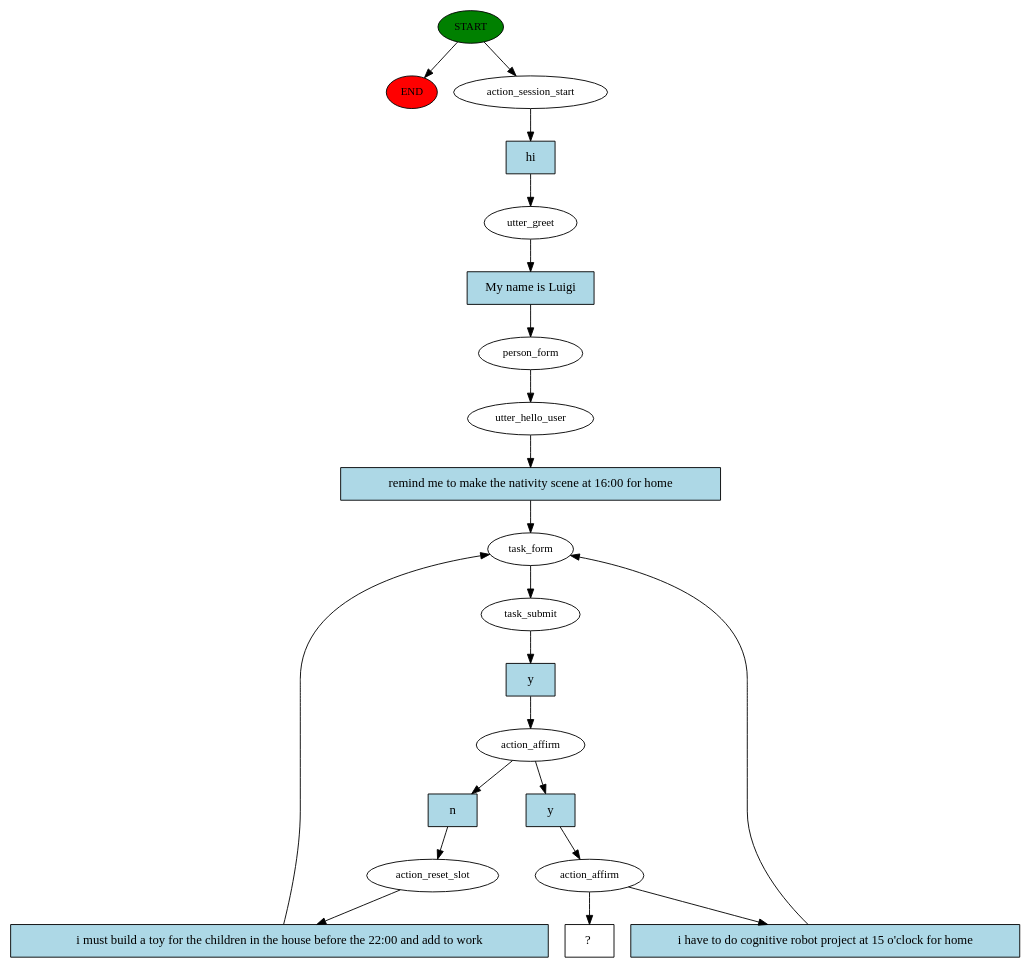
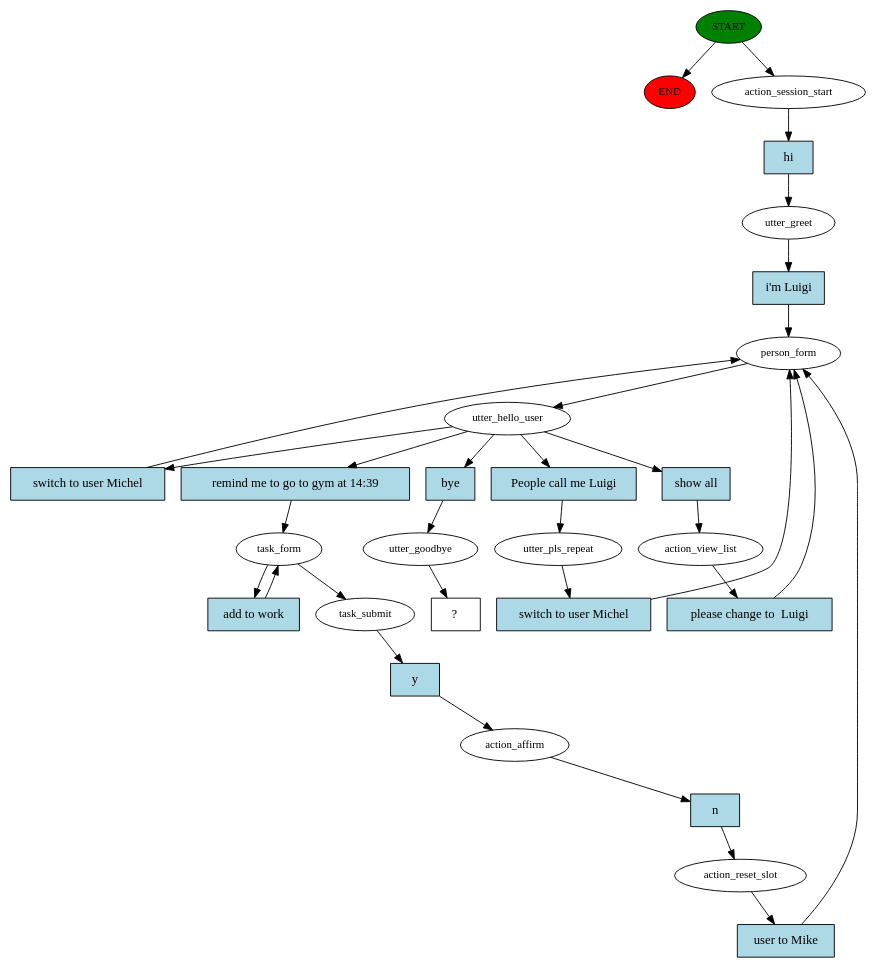
Before and after one commit to scov8/TO-DO_List: the diagram in chatbot/story_graph.dot, drawn with Graphviz. The commit also changed 9 other files, not shown here.

```diff
--- a/chatbot/story_graph.dot
+++ b/chatbot/story_graph.dot
@@ -1,43 +1,60 @@
 digraph  {
 0 [class="start active", fillcolor=green, fontsize=12, label=START, style=filled];
 "-1" [class=end, fillcolor=red, fontsize=12, label=END, style=filled];
 1 [class=active, fontsize=12, label=action_session_start];
 2 [class=active, fontsize=12, label=utter_greet];
 3 [class=active, fontsize=12, label=person_form];
 4 [class=active, fontsize=12, label=utter_hello_user];
-5 [class=active, fontsize=12, label=task_form];
-6 [class=active, fontsize=12, label=task_submit];
-7 [class=active, fontsize=12, label=action_affirm];
-8 [class=active, fontsize=12, label=action_reset_slot];
-12 [class=active, fontsize=12, label=action_affirm];
-17 [class="intent dashed active", label="  ?  ", shape=rect];
-18 [class="intent active", fillcolor=lightblue, label=hi, shape=rect, style=filled];
-19 [class="intent active", fillcolor=lightblue, label="My name is Luigi", shape=rect, style=filled];
-20 [class="intent active", fillcolor=lightblue, label="remind me to make the nativity scene at 16:00 for home", shape=rect, style=filled];
-21 [class="intent active", fillcolor=lightblue, label=y, shape=rect, style=filled];
-22 [class="intent active", fillcolor=lightblue, label=n, shape=rect, style=filled];
-23 [class="intent active", fillcolor=lightblue, label=y, shape=rect, style=filled];
-24 [class="intent active", fillcolor=lightblue, label="i must build a toy for the children in the house before the 22:00 and add to work", shape=rect, style=filled];
-25 [class="intent active", fillcolor=lightblue, label="i have to do cognitive robot project at 15 o'clock for home", shape=rect, style=filled];
+13 [class=active, fontsize=12, label=utter_pls_repeat];
+20 [class=active, fontsize=12, label=task_form];
+22 [class=active, fontsize=12, label=task_submit];
+23 [class=active, fontsize=12, label=action_affirm];
+24 [class=active, fontsize=12, label=action_reset_slot];
+27 [class=active, fontsize=12, label=action_view_list];
+30 [class=active, fontsize=12, label=utter_goodbye];
+31 [class="intent dashed active", label="  ?  ", shape=rect];
+32 [class="intent active", fillcolor=lightblue, label=hi, shape=rect, style=filled];
+33 [class="intent active", fillcolor=lightblue, label="i'm Luigi", shape=rect, style=filled];
+34 [class="intent active", fillcolor=lightblue, label="switch to user Michel", shape=rect, style=filled];
+35 [class="intent active", fillcolor=lightblue, label="People call me Luigi", shape=rect, style=filled];
+36 [class="intent active", fillcolor=lightblue, label="remind me to go to gym at 14:39", shape=rect, style=filled];
+37 [class="intent active", fillcolor=lightblue, label="show all", shape=rect, style=filled];
+38 [class="intent active", fillcolor=lightblue, label=bye, shape=rect, style=filled];
+39 [class="intent active", fillcolor=lightblue, label="switch to user Michel", shape=rect, style=filled];
+40 [class="intent active", fillcolor=lightblue, label="add to work", shape=rect, style=filled];
+41 [class="intent active", fillcolor=lightblue, label=y, shape=rect, style=filled];
+42 [class="intent active", fillcolor=lightblue, label=n, shape=rect, style=filled];
+43 [class="intent active", fillcolor=lightblue, label="user to Mike", shape=rect, style=filled];
+44 [class="intent active", fillcolor=lightblue, label="please change to  Luigi", shape=rect, style=filled];
 0 -> "-1"  [class="", key=NONE, label=""];
 0 -> 1  [class=active, key=NONE, label=""];
-1 -> 18  [class=active, key=0];
-2 -> 19  [class=active, key=0];
+1 -> 32  [class=active, key=0];
+2 -> 33  [class=active, key=0];
 3 -> 4  [class=active, key=NONE, label=""];
-4 -> 20  [class=active, key=0];
-5 -> 6  [class=active, key=NONE, label=""];
-6 -> 21  [class=active, key=0];
-7 -> 22  [class=active, key=0];
-7 -> 23  [class=active, key=0];
-8 -> 24  [class=active, key=0];
-12 -> 17  [class=active, key=NONE, label=""];
-12 -> 25  [class=active, key=0];
-18 -> 2  [class=active, key=0];
-19 -> 3  [class=active, key=0];
-20 -> 5  [class=active, key=0];
-21 -> 7  [class=active, key=0];
-22 -> 8  [class=active, key=0];
-23 -> 12  [class=active, key=0];
-24 -> 5  [class=active, key=0];
-25 -> 5  [class=active, key=0];
+4 -> 34  [class=active, key=0];
+4 -> 35  [class=active, key=0];
+4 -> 36  [class=active, key=0];
+4 -> 37  [class=active, key=0];
+4 -> 38  [class=active, key=0];
+13 -> 39  [class=active, key=0];
+20 -> 22  [class=active, key=NONE, label=""];
+20 -> 40  [class=active, key=0];
+22 -> 41  [class=active, key=0];
+23 -> 42  [class=active, key=0];
+24 -> 43  [class=active, key=0];
+27 -> 44  [class=active, key=0];
+30 -> 31  [class=active, key=NONE, label=""];
+32 -> 2  [class=active, key=0];
+33 -> 3  [class=active, key=0];
+34 -> 3  [class=active, key=0];
+35 -> 13  [class=active, key=0];
+36 -> 20  [class=active, key=0];
+37 -> 27  [class=active, key=0];
+38 -> 30  [class=active, key=0];
+39 -> 3  [class=active, key=0];
+40 -> 20  [class=active, key=0];
+41 -> 23  [class=active, key=0];
+42 -> 24  [class=active, key=0];
+43 -> 3  [class=active, key=0];
+44 -> 3  [class=active, key=0];
 }
```
